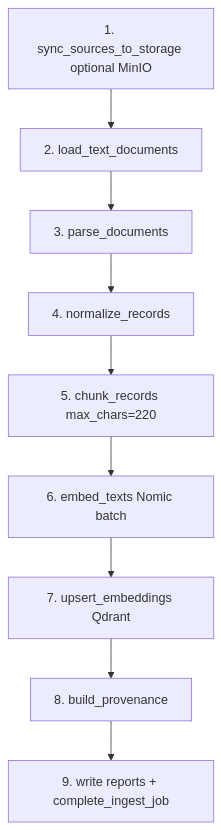
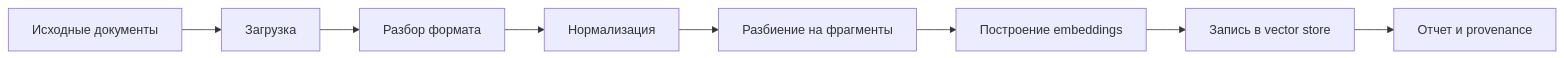
The diagram in docs/generated/09-ingestion-pipeline.md (Boldurev16/ea-agent-platform-docs), drawn with Mermaid before and after one commit. The commit also changed other lines of this file and 51 other files, not shown here.

````diff
--- a/docs/generated/09-ingestion-pipeline.md
+++ b/docs/generated/09-ingestion-pipeline.md
@@ -9,11 +11,10 @@
 ```mermaid
-flowchart TD
-    S1["1. sync_sources_to_storage optional MinIO"] --> S2["2. load_text_documents"]
-    S2 --> S3["3. parse_documents"]
-    S3 --> S4["4. normalize_records"]
-    S4 --> S5["5. chunk_records max_chars=220"]
-    S5 --> S6["6. embed_texts Nomic batch"]
-    S6 --> S7["7. upsert_embeddings Qdrant"]
-    S7 --> S8["8. build_provenance"]
-    S8 --> S9["9. write reports + complete_ingest_job"]
+flowchart LR
+  source["Исходные документы"] --> load["Загрузка"]
+  load --> parse["Разбор формата"]
+  parse --> normalize["Нормализация"]
+  normalize --> chunk["Разбиение на фрагменты"]
+  chunk --> embed["Построение embeddings"]
+  embed --> upsert["Запись в vector store"]
+  upsert --> provenance["Отчет и provenance"]
 ```
````
